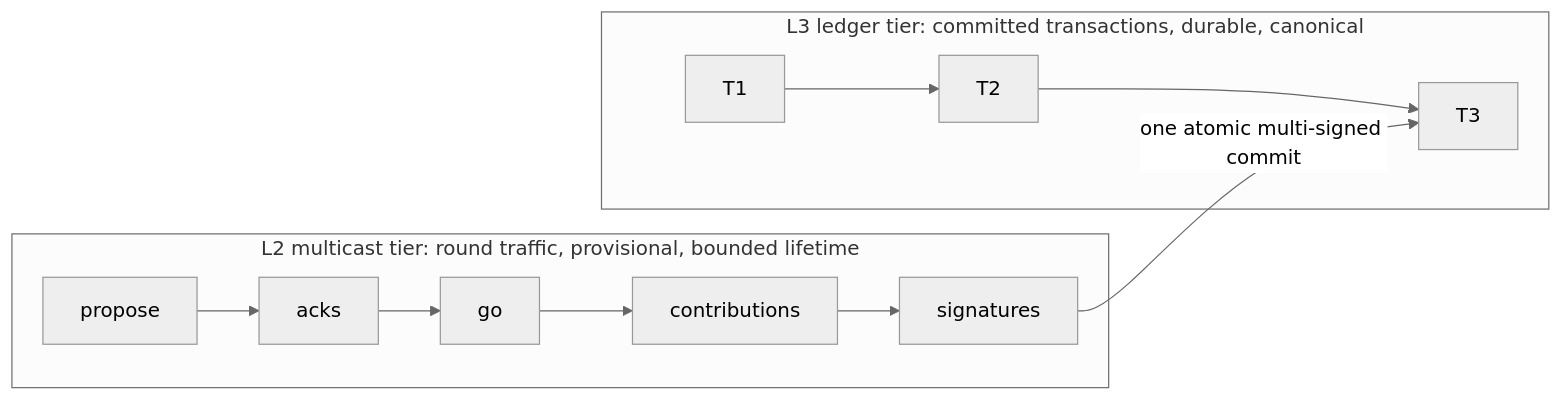
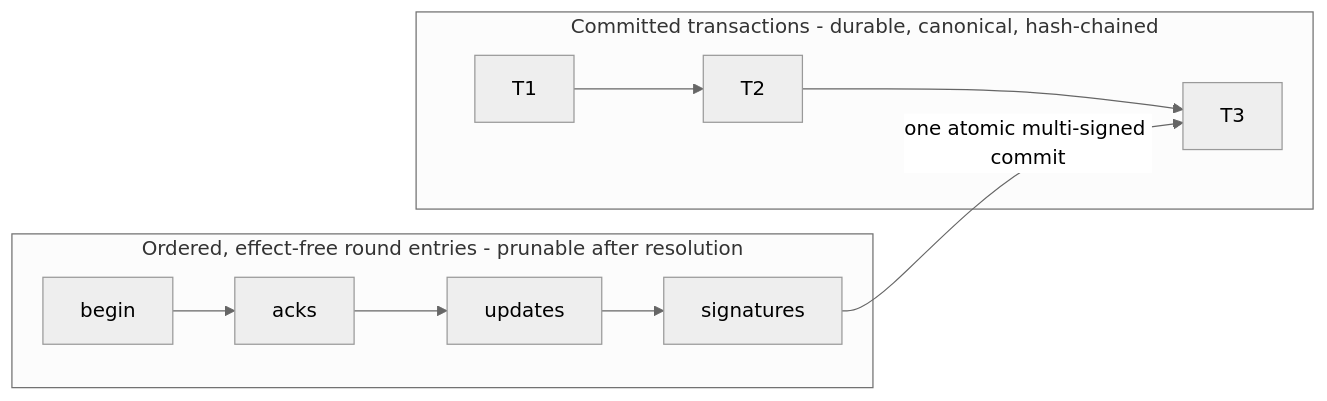
One commit to chughtapan/moltzap changed the second of 2 diagrams in docs/spec/data-plane.md. Above: the diagram before and after it, drawn with Mermaid (neutral theme). The commit also changed other lines of this file and 4 other files, not shown here.

````diff
--- a/docs/spec/data-plane.md
+++ b/docs/spec/data-plane.md
@@ -136,10 +156,10 @@
 ```mermaid
 flowchart LR
-  subgraph Rounds["L2 multicast tier: round traffic, provisional, bounded lifetime"]
-    P[propose] --> K[acks] --> G[go] --> X[contributions] --> S[signatures]
+  subgraph Rounds["Ordered, effect-free round entries - prunable after resolution"]
+    P[begin] --> K[acks] --> X[updates] --> S[signatures]
   end
-  subgraph Ledger["L3 ledger tier: committed transactions, durable, canonical"]
+  subgraph Ledger["Committed transactions - durable, canonical, hash-chained"]
     T1[T1] --> T2[T2] --> T3[T3]
   end
   S -- "one atomic multi-signed commit" --> T3
 ```
````
